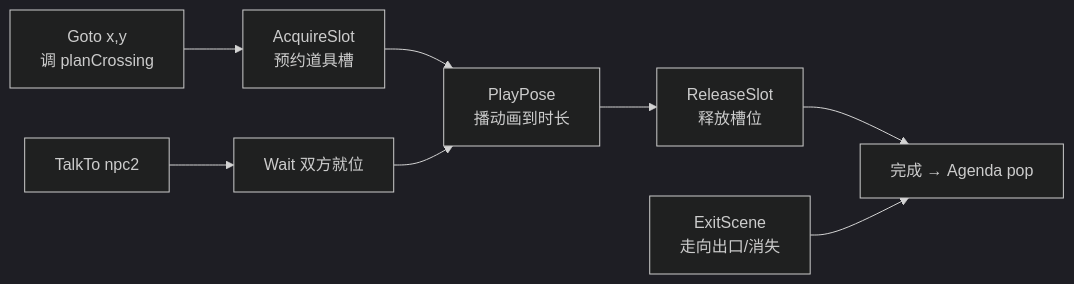
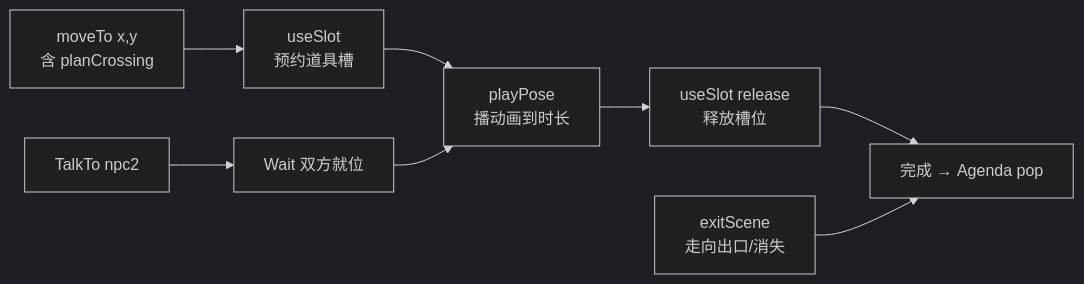
Before and after one commit to zxlzzz/news-game: the third of 4 diagrams in docs/behavior-design.md, drawn with Mermaid (dark theme). The commit also changed other lines of this file, not shown here.

````diff
--- a/docs/behavior-design.md
+++ b/docs/behavior-design.md
@@ -144,12 +151,12 @@
 ```mermaid
 graph LR
-  GOTO[Goto x,y<br/>调 planCrossing] --> ACQ[AcquireSlot<br/>预约道具槽]
-  ACQ --> PLAY_POSE[PlayPose<br/>播动画到时长]
-  PLAY_POSE --> REL[ReleaseSlot<br/>释放槽位]
+  GOTO[moveTo x,y<br/>含 planCrossing] --> ACQ[useSlot<br/>预约道具槽]
+  ACQ --> PLAY_POSE[playPose<br/>播动画到时长]
+  PLAY_POSE --> REL[useSlot release<br/>释放槽位]
   REL --> DONE[完成 → Agenda pop]
 
   TALK_P[TalkTo npc2] --> WAIT_P[Wait 双方就位]
   WAIT_P --> PLAY_POSE
 
-  EXIT[ExitScene<br/>走向出口/消失] --> DONE
+  EXIT[exitScene<br/>走向出口/消失] --> DONE
 ```
````
